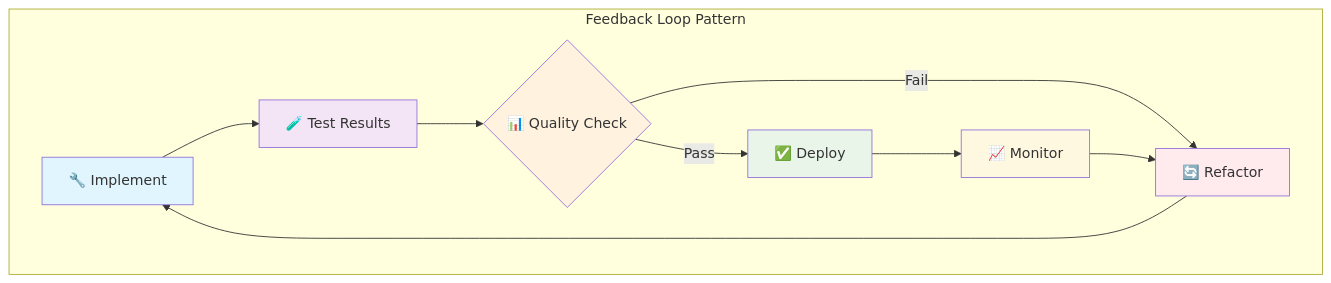
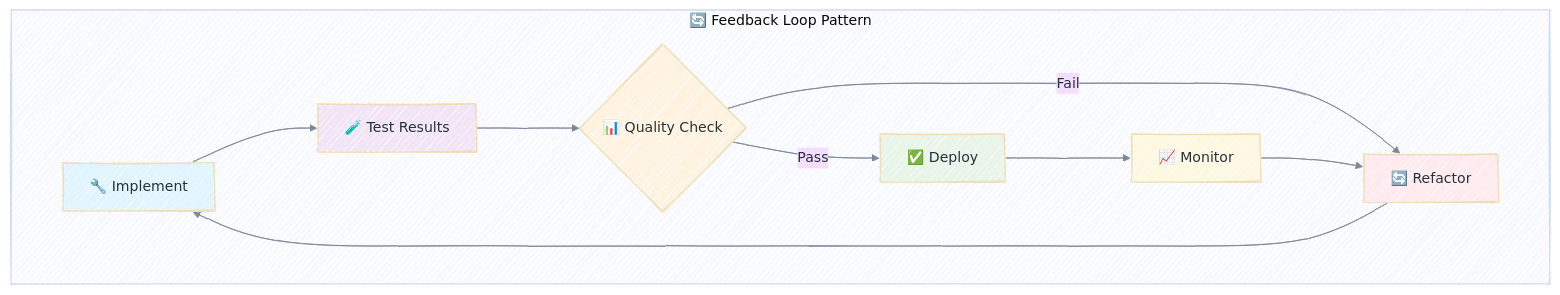
The sixth of 16 diagrams in _posts/2025-06-29-claudeonrails-ai-powered-rails-development-swarm.md (enogrob/enogrob.github.io), drawn with Mermaid before and after one commit. The commit also changed other lines of this file and 12 other files, not shown here.

````diff
--- a/_posts/2025-06-29-claudeonrails-ai-powered-rails-development-swarm.md
+++ b/_posts/2025-06-29-claudeonrails-ai-powered-rails-development-swarm.md
@@ -228,19 +233,20 @@
 ```mermaid!
-graph 
-    subgraph "Feedback Loop Pattern"
+%%{init: {"theme": "base", "look": "handDrawn", "themeVariables": {"fontFamily": "ui-sans-serif, system-ui, sans-serif", "lineColor": "#7c8798", "primaryTextColor": "#263238"}, "flowchart": {"nodeSpacing": 55, "rankSpacing": 90}}}%%
+flowchart TD
+    subgraph Feedback["🔄 Feedback Loop Pattern"]
         A["🔧 Implement"] --> B["🧪 Test Results"]
         B --> C{"📊 Quality Check"}
         C -->|Pass| D["✅ Deploy"]
         C -->|Fail| E["🔄 Refactor"]
         E --> A
         D --> F["📈 Monitor"]
         F --> E
     end
     
     style A fill:#e1f5fe
     style B fill:#f3e5f5
     style C fill:#fff3e0
     style D fill:#e8f5e8
     style E fill:#ffebee
     style F fill:#fff8e1
 ```
````
